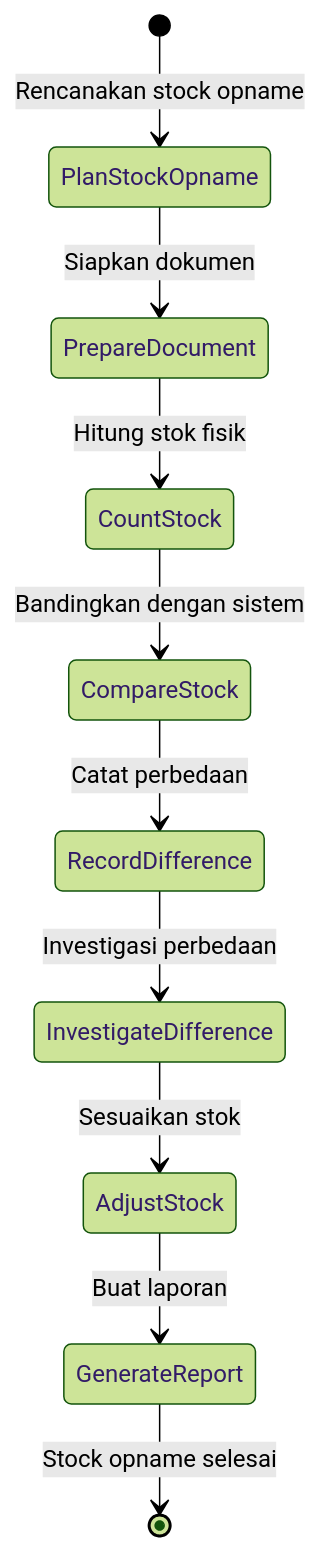
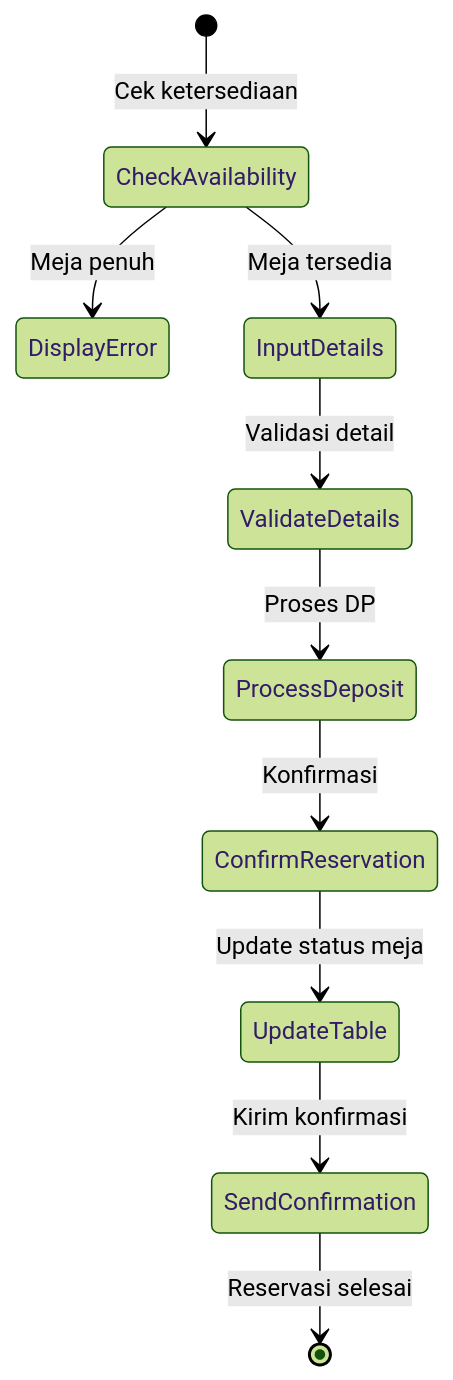
The sixth of 15 diagrams in documents/activity-diagrams.md (mrfansi/DearPOS), drawn with Mermaid (forest theme) before and after one commit. The commit also changed other lines of this file and 3 other files, not shown here.

````diff
--- a/documents/activity-diagrams.md
+++ b/documents/activity-diagrams.md
@@ -116,12 +101,12 @@
 ```mermaid
 stateDiagram-v2
-    [*] --> PlanStockOpname: Rencanakan stock opname
-    PlanStockOpname --> PrepareDocument: Siapkan dokumen
-    PrepareDocument --> CountStock: Hitung stok fisik
-    CountStock --> CompareStock: Bandingkan dengan sistem
-    CompareStock --> RecordDifference: Catat perbedaan
-    RecordDifference --> InvestigateDifference: Investigasi perbedaan
-    InvestigateDifference --> AdjustStock: Sesuaikan stok
-    AdjustStock --> GenerateReport: Buat laporan
-    GenerateReport --> [*]: Stock opname selesai
+    [*] --> CheckAvailability: Cek ketersediaan
+    CheckAvailability --> DisplayError: Meja penuh
+    CheckAvailability --> InputDetails: Meja tersedia
+    InputDetails --> ValidateDetails: Validasi detail
+    ValidateDetails --> ProcessDeposit: Proses DP
+    ProcessDeposit --> ConfirmReservation: Konfirmasi
+    ConfirmReservation --> UpdateTable: Update status meja
+    UpdateTable --> SendConfirmation: Kirim konfirmasi
+    SendConfirmation --> [*]: Reservasi selesai
 ```
````
